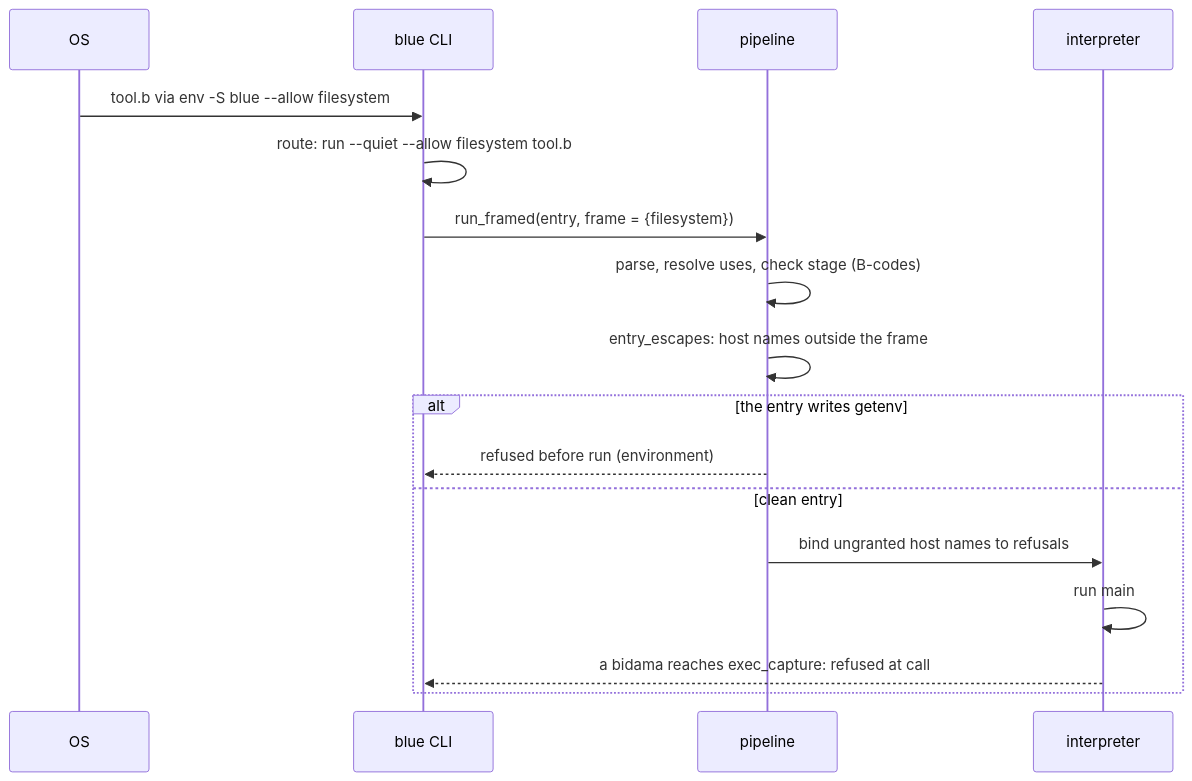
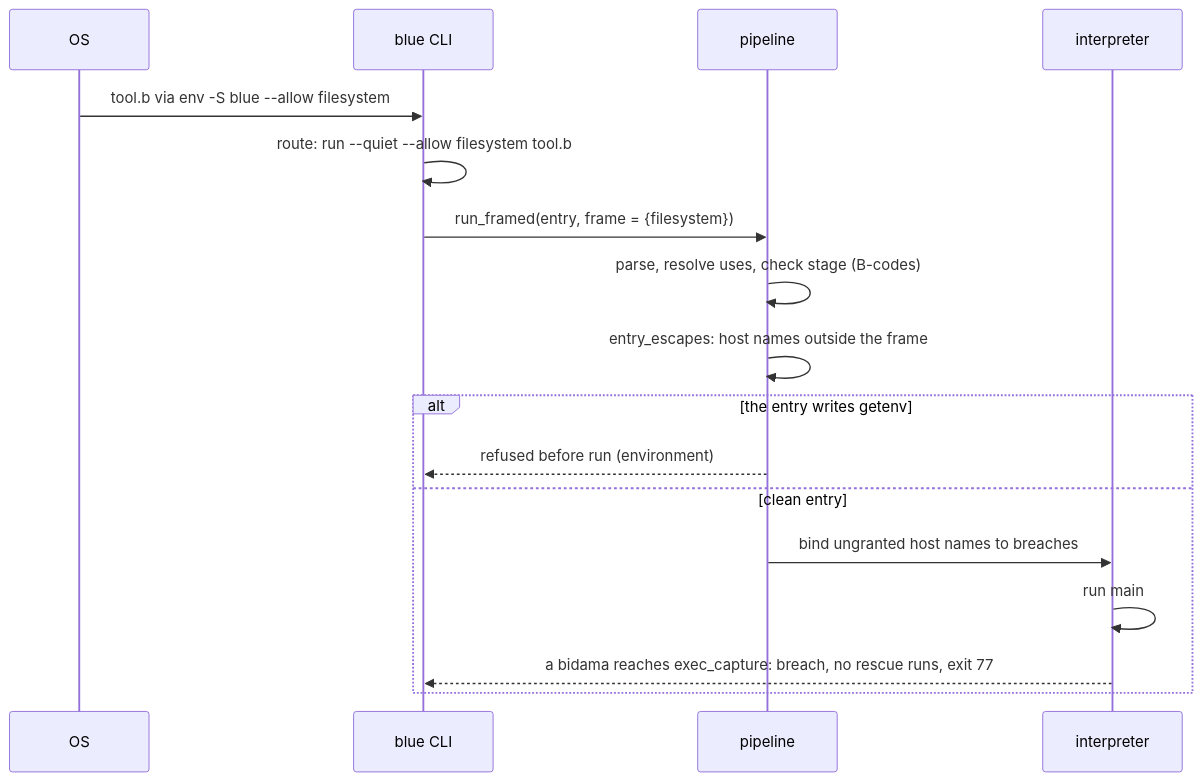
One commit to pleme-io/blue changed the second of 3 diagrams in docs/SAFETY.md. Above: the diagram before and after it, drawn with Mermaid. The commit also changed other lines of this file and 28 other files, not shown here.

````diff
--- a/docs/SAFETY.md
+++ b/docs/SAFETY.md
@@ -315,19 +353,19 @@
 ```mermaid
 sequenceDiagram
   participant OS
   participant CLI as blue CLI
   participant P as pipeline
   participant I as interpreter
   OS->>CLI: tool.b via env -S blue --allow filesystem
   CLI->>CLI: route: run --quiet --allow filesystem tool.b
   CLI->>P: run_framed(entry, frame = {filesystem})
   P->>P: parse, resolve uses, check stage (B-codes)
   P->>P: entry_escapes: host names outside the frame
   alt the entry writes getenv
     P-->>CLI: refused before run (environment)
   else clean entry
-    P->>I: bind ungranted host names to refusals
+    P->>I: bind ungranted host names to breaches
     I->>I: run main
-    I-->>CLI: a bidama reaches exec_capture: refused at call
+    I-->>CLI: a bidama reaches exec_capture: breach, no rescue runs, exit 77
   end
 ```
````
